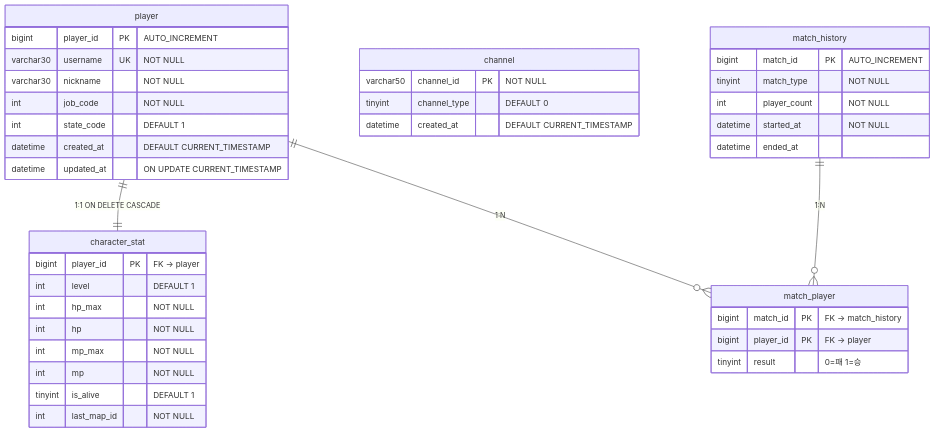
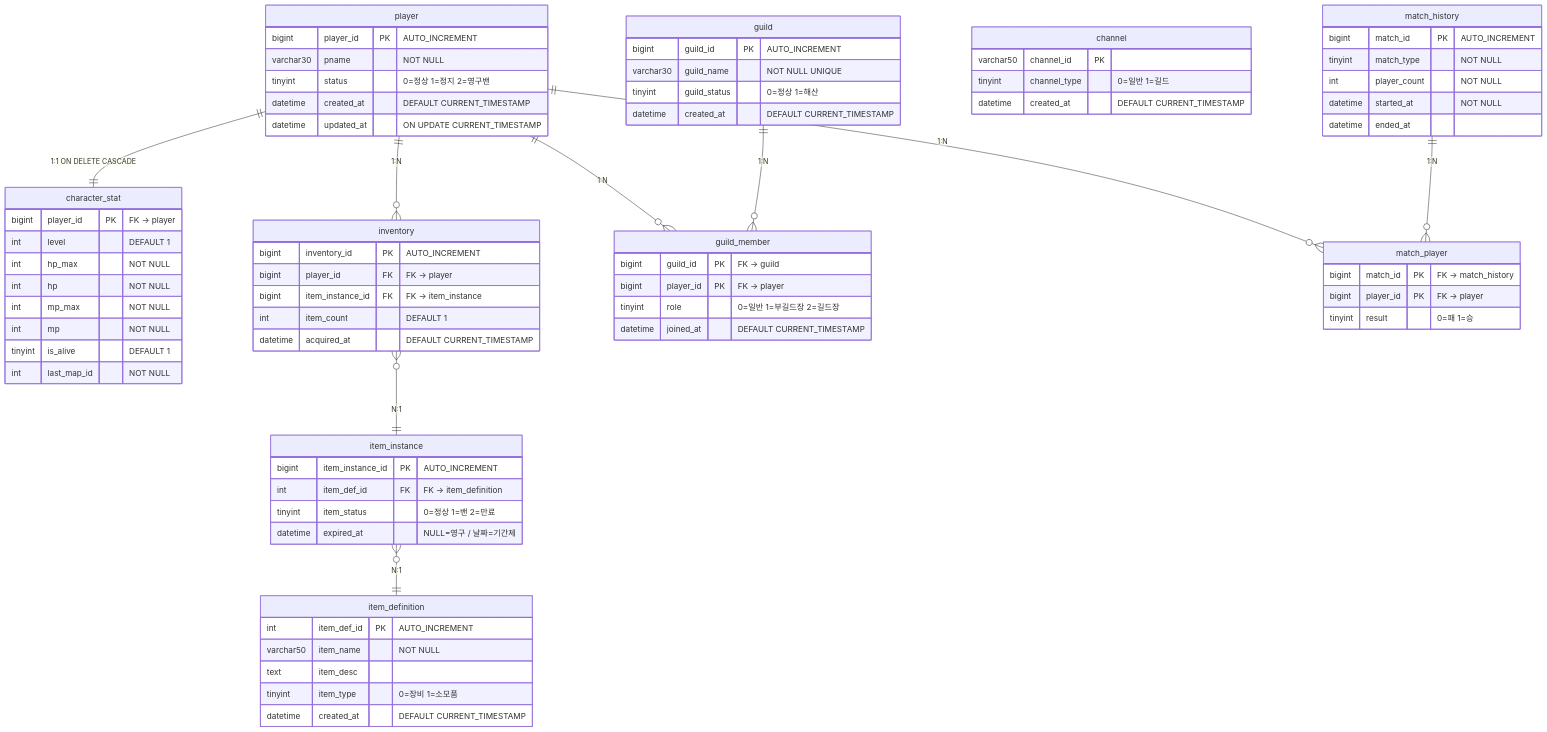
Before and after one commit to Sewqp/RPG-Server-CSharp: the fourth of 4 diagrams in architecture.md, drawn with Mermaid.

Commit message:
docs: ERD 업데이트 — 아이템 구조 재설계 및 길드/매칭 테이블 추가

````diff
--- a/architecture.md
+++ b/architecture.md
@@ -467,10 +467,8 @@
 erDiagram
     player {
         bigint      player_id   PK  "AUTO_INCREMENT"
-        varchar30   username    UK  "NOT NULL"
-        varchar30   nickname        "NOT NULL"
-        int         job_code        "NOT NULL"
-        int         state_code      "DEFAULT 1"
+        varchar30   pname           "NOT NULL"
+        tinyint     status          "0=정상 1=정지 2=영구밴"
         datetime    created_at      "DEFAULT CURRENT_TIMESTAMP"
         datetime    updated_at      "ON UPDATE CURRENT_TIMESTAMP"
     }
@@ -486,9 +484,46 @@
         int     last_map_id     "NOT NULL"
     }
 
+    item_definition {
+        int         item_def_id     PK  "AUTO_INCREMENT"
+        varchar50   item_name           "NOT NULL"
+        text        item_desc
+        tinyint     item_type           "0=장비 1=소모품"
+        datetime    created_at          "DEFAULT CURRENT_TIMESTAMP"
+    }
+
+    item_instance {
+        bigint      item_instance_id    PK  "AUTO_INCREMENT"
+        int         item_def_id         FK  "FK → item_definition"
+        tinyint     item_status             "0=정상 1=밴 2=만료"
+        datetime    expired_at              "NULL=영구 / 날짜=기간제"
+    }
+
+    inventory {
+        bigint      inventory_id        PK  "AUTO_INCREMENT"
+        bigint      player_id           FK  "FK → player"
+        bigint      item_instance_id    FK  "FK → item_instance"
+        int         item_count              "DEFAULT 1"
+        datetime    acquired_at             "DEFAULT CURRENT_TIMESTAMP"
+    }
+
+    guild {
+        bigint      guild_id    PK  "AUTO_INCREMENT"
+        varchar30   guild_name      "NOT NULL UNIQUE"
+        tinyint     guild_status    "0=정상 1=해산"
+        datetime    created_at      "DEFAULT CURRENT_TIMESTAMP"
+    }
+
+    guild_member {
+        bigint  guild_id    PK  "FK → guild"
+        bigint  player_id   PK  "FK → player"
+        tinyint role            "0=일반 1=부길드장 2=길드장"
+        datetime joined_at      "DEFAULT CURRENT_TIMESTAMP"
+    }
+
     channel {
-        varchar50   channel_id      PK  "NOT NULL"
-        tinyint     channel_type        "DEFAULT 0"
+        varchar50   channel_id      PK
+        tinyint     channel_type        "0=일반 1=길드"
         datetime    created_at          "DEFAULT CURRENT_TIMESTAMP"
     }
 
@@ -507,6 +542,11 @@
     }
 
     player          ||--||  character_stat  : "1:1  ON DELETE CASCADE"
+    player          ||--o{  inventory       : "1:N"
+    player          ||--o{  guild_member    : "1:N"
     player          ||--o{  match_player    : "1:N"
+    guild           ||--o{  guild_member    : "1:N"
+    inventory       }o--||  item_instance   : "N:1"
+    item_instance   }o--||  item_definition : "N:1"
     match_history   ||--o{  match_player    : "1:N"
 ```
````
